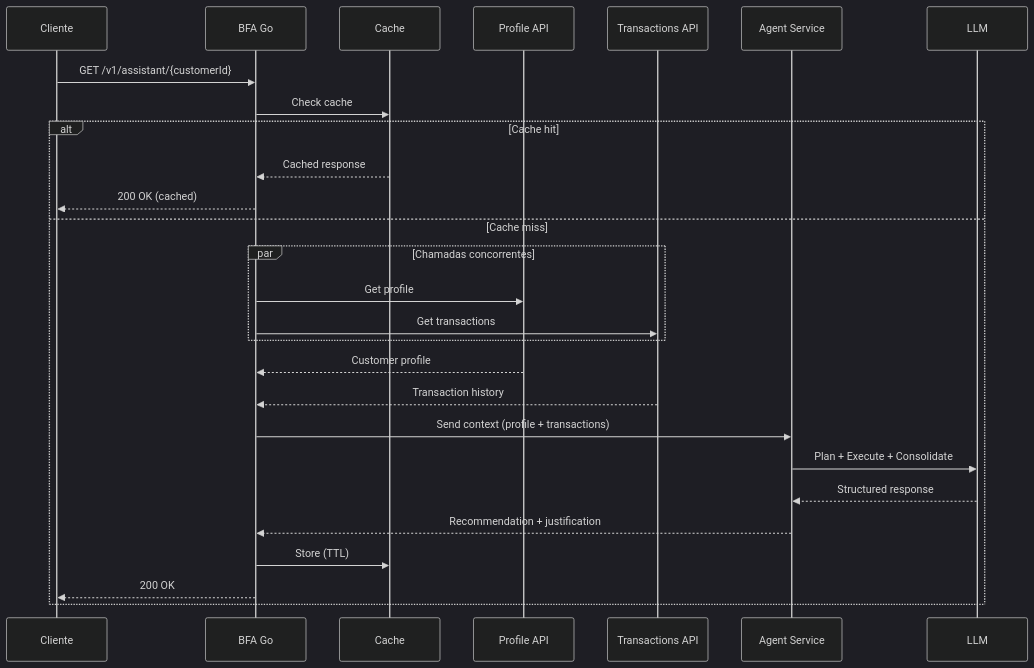
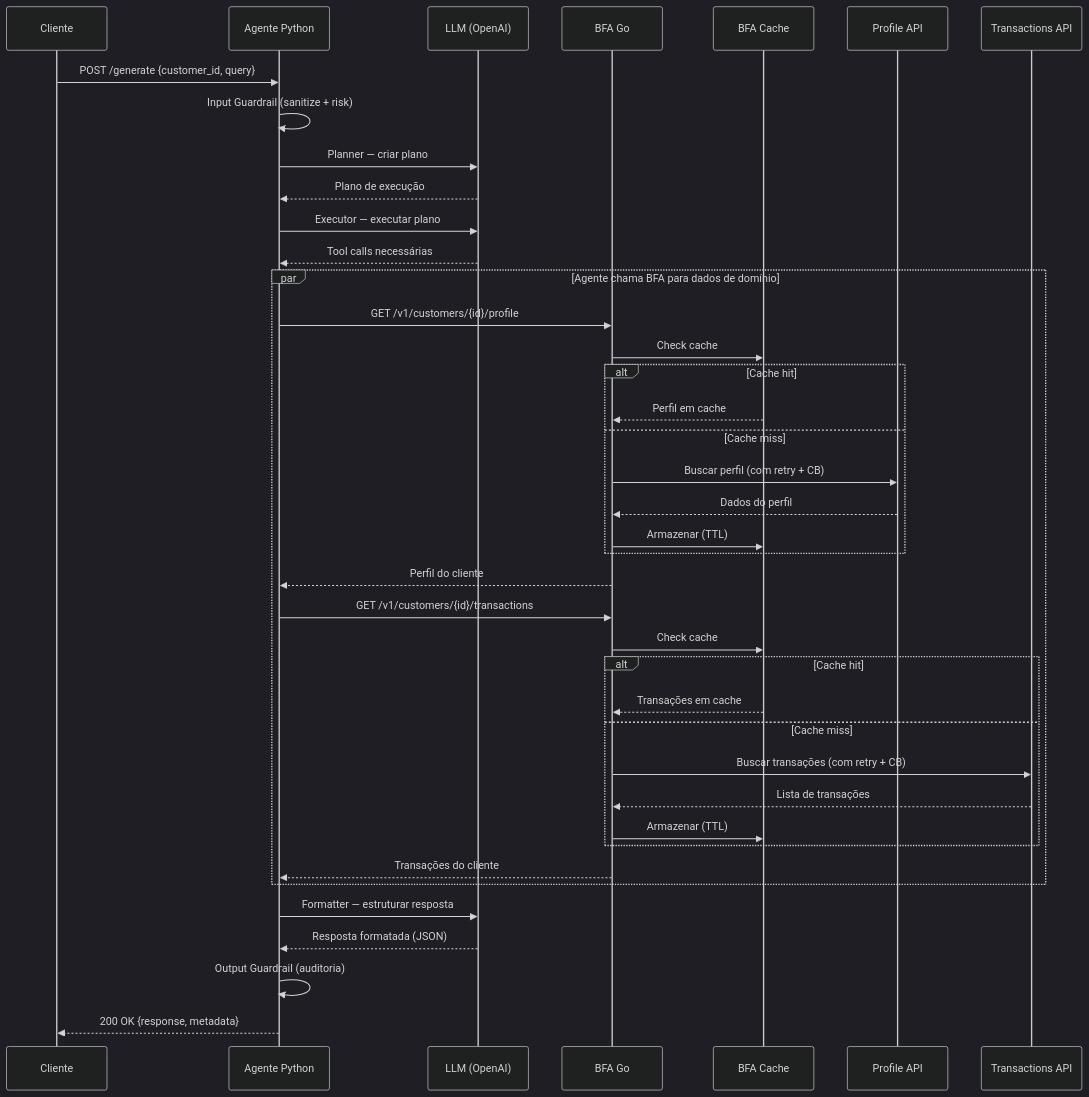
One commit to Kauakfm/ai-banking-assistant changed the second of 6 diagrams in docs/architecture.md. Above: the diagram before and after it, drawn with Mermaid (dark theme). The commit also changed other lines of this file and 38 other files, not shown here.

First line of the commit message:
feat: arquitetura BFA com supervisor multi-agente e MCP

````diff
--- a/docs/architecture.md
+++ b/docs/architecture.md
@@ -72,30 +88,46 @@
 ```mermaid
 sequenceDiagram
     participant C as Cliente
+    participant Agent as Agente Python
+    participant LLM as LLM (OpenAI)
     participant BFA as BFA Go
-    participant Cache as Cache
+    participant Cache as BFA Cache
     participant Profile as Profile API
     participant Txn as Transactions API
-    participant Agent as Agent Service
-    participant LLM as LLM
 
-    C->>BFA: GET /v1/assistant/{customerId}
-    BFA->>Cache: Check cache
-    alt Cache hit
-        Cache-->>BFA: Cached response
-        BFA-->>C: 200 OK (cached)
-    else Cache miss
-        par Chamadas concorrentes
-            BFA->>Profile: Get profile
-            BFA->>Txn: Get transactions
+    C->>Agent: POST /generate {customer_id, query}
+    Agent->>Agent: Input Guardrail (sanitize + risk)
+    Agent->>LLM: Planner — criar plano
+    LLM-->>Agent: Plano de execução
+    Agent->>LLM: Executor — executar plano
+    LLM-->>Agent: Tool calls necessárias
+
+    par Agente chama BFA para dados de domínio
+        Agent->>BFA: GET /v1/customers/{id}/profile
+        BFA->>Cache: Check cache
+        alt Cache hit
+            Cache-->>BFA: Perfil em cache
+        else Cache miss
+            BFA->>Profile: Buscar perfil (com retry + CB)
+            Profile-->>BFA: Dados do perfil
+            BFA->>Cache: Armazenar (TTL)
         end
-        Profile-->>BFA: Customer profile
-        Txn-->>BFA: Transaction history
-        BFA->>Agent: Send context (profile + transactions)
-        Agent->>LLM: Plan + Execute + Consolidate
-        LLM-->>Agent: Structured response
-        Agent-->>BFA: Recommendation + justification
-        BFA->>Cache: Store (TTL)
-        BFA-->>C: 200 OK
+        BFA-->>Agent: Perfil do cliente
+
+        Agent->>BFA: GET /v1/customers/{id}/transactions
+        BFA->>Cache: Check cache
+        alt Cache hit
+            Cache-->>BFA: Transações em cache
+        else Cache miss
+            BFA->>Txn: Buscar transações (com retry + CB)
+            Txn-->>BFA: Lista de transações
+            BFA->>Cache: Armazenar (TTL)
+        end
+        BFA-->>Agent: Transações do cliente
     end
+
+    Agent->>LLM: Formatter — estruturar resposta
+    LLM-->>Agent: Resposta formatada (JSON)
+    Agent->>Agent: Output Guardrail (auditoria)
+    Agent-->>C: 200 OK {response, metadata}
 ```
````
